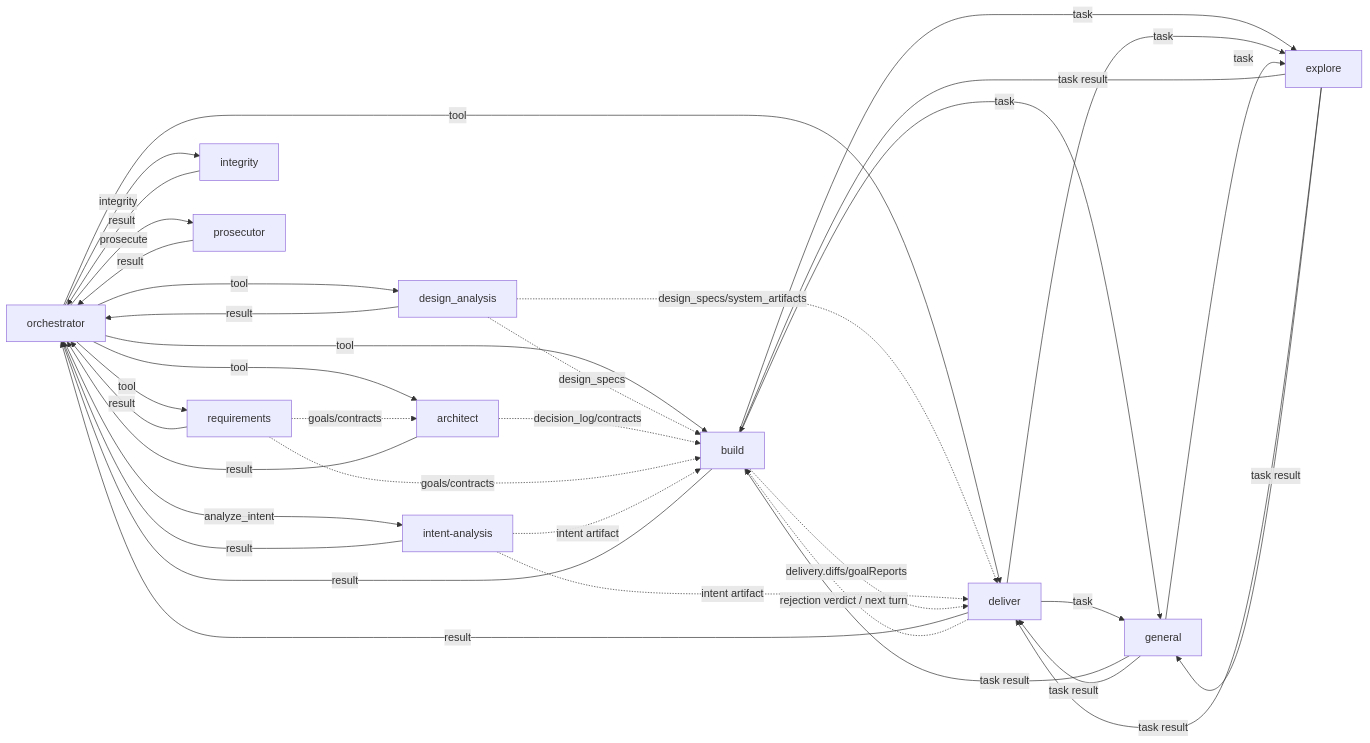
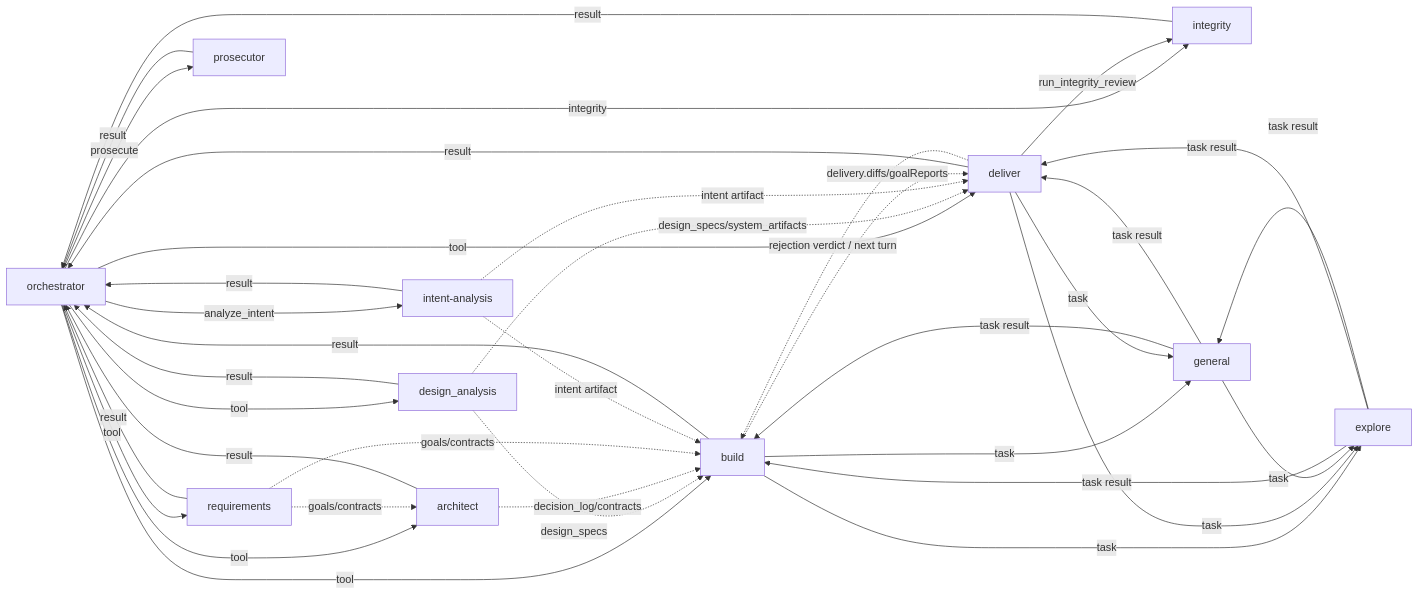
One commit to yangheng95/argus changed the second of 2 diagrams in specs/new-arch/13-agent-communication-matrix.md. Above: the diagram before and after it, drawn with Mermaid. The commit also changed other lines of this file and 49 other files, not shown here.

First line of the commit message:
feat(agents): tighten architect / delivery / integrity boundaries + directory queue hard-gate

````diff
--- a/specs/new-arch/13-agent-communication-matrix.md
+++ b/specs/new-arch/13-agent-communication-matrix.md
@@ -178,54 +180,55 @@
 ```mermaid
 flowchart LR
   O[orchestrator]
   R[requirements]
   X[design_analysis]
   A[architect]
   B[build]
   D[deliver]
   IT[integrity]
   PR[prosecutor]
   I[intent-analysis]
   G[general]
   E[explore]
 
   O -->|tool| R
   R -->|result| O
   O -->|tool| X
   X -->|result| O
   O -->|tool| A
   A -->|result| O
   O -->|tool| B
   B -->|result| O
   O -->|tool| D
   D -->|result| O
   O -->|analyze_intent| I
   I -->|result| O
   O -->|integrity| IT
   IT -->|result| O
   O -->|prosecute| PR
   PR -->|result| O
+  D -->|run_integrity_review| IT
 
   X -.->|design_specs| B
   X -.->|design_specs/system_artifacts| D
   A -.->|decision_log/contracts| B
   R -.->|goals/contracts| A
   R -.->|goals/contracts| B
   I -.->|intent artifact| B
   I -.->|intent artifact| D
   B -.->|delivery.diffs/goalReports| D
   D -.->|rejection verdict / next turn| B
 
   B -->|task| G
   G -->|task result| B
   B -->|task| E
   E -->|task result| B
 
   D -->|task| G
   G -->|task result| D
   D -->|task| E
   E -->|task result| D
 
   G -->|task| E
   E -->|task result| G
 ```
````
